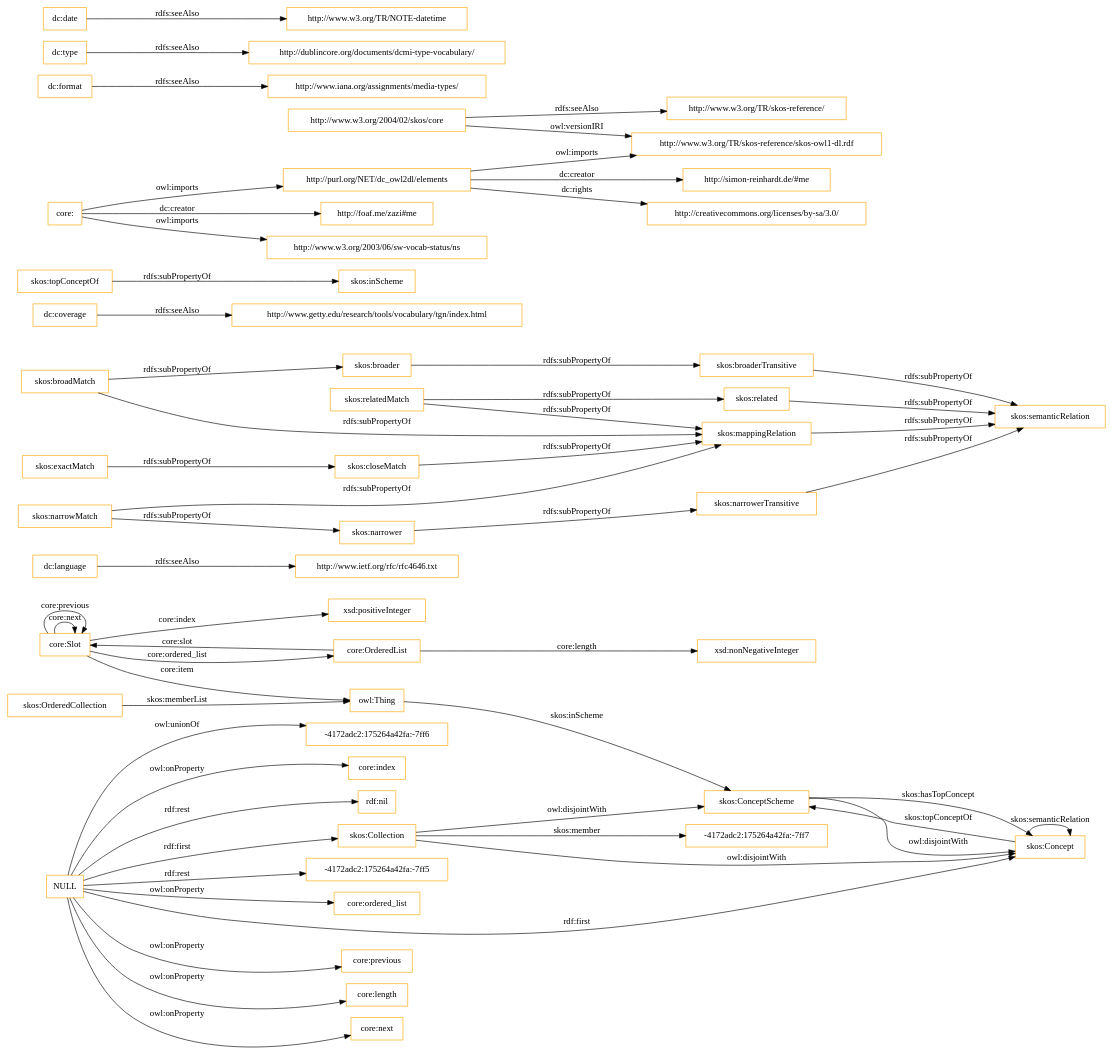
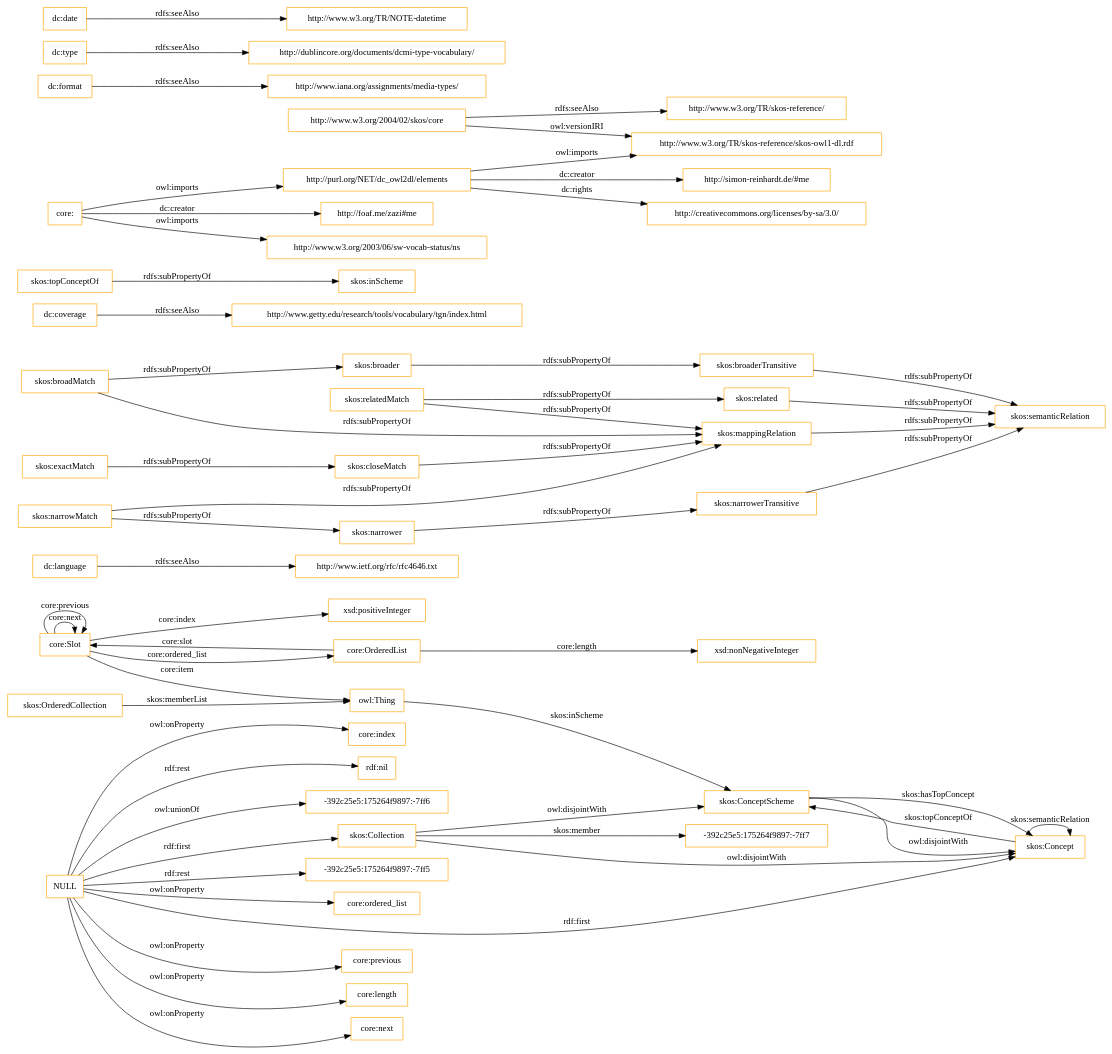
The diagram in OnToology/imports/core.owl/diagrams/ar2dtool-class/core.owl.png.dot (OnToologyUser/core-ontology-1), drawn with Graphviz before and after one commit. The commit also changed 14 other files, not shown here.

```diff
--- a/OnToology/imports/core.owl/diagrams/ar2dtool-class/core.owl.png.dot
+++ b/OnToology/imports/core.owl/diagrams/ar2dtool-class/core.owl.png.dot
@@ -1,60 +1,60 @@
 digraph ar2dtool_diagram { 
 rankdir=LR;
 size="1501"
-node [shape = rectangle, color="orange"]; "core:Slot" "core:OrderedList" "-4172adc2:175264a42fa:-7ff7" "skos:OrderedCollection" "skos:Collection" "skos:ConceptScheme" "skos:Concept" ; /*classes style*/
+node [shape = rectangle, color="orange"]; "core:Slot" "core:OrderedList" "-392c25e5:175264f9897:-7ff7" "skos:OrderedCollection" "skos:Collection" "skos:ConceptScheme" "skos:Concept" ; /*classes style*/
 	"dc:language" -> "http://www.ietf.org/rfc/rfc4646.txt" [ label = "rdfs:seeAlso" ];
 	"NULL" -> "core:previous" [ label = "owl:onProperty" ];
 	"NULL" -> "core:length" [ label = "owl:onProperty" ];
 	"NULL" -> "skos:Concept" [ label = "rdf:first" ];
 	"NULL" -> "core:next" [ label = "owl:onProperty" ];
-	"NULL" -> "-4172adc2:175264a42fa:-7ff6" [ label = "owl:unionOf" ];
 	"NULL" -> "core:index" [ label = "owl:onProperty" ];
 	"NULL" -> "rdf:nil" [ label = "rdf:rest" ];
-	"NULL" -> "-4172adc2:175264a42fa:-7ff5" [ label = "rdf:rest" ];
+	"NULL" -> "-392c25e5:175264f9897:-7ff6" [ label = "owl:unionOf" ];
+	"NULL" -> "-392c25e5:175264f9897:-7ff5" [ label = "rdf:rest" ];
 	"NULL" -> "core:ordered_list" [ label = "owl:onProperty" ];
 	"NULL" -> "skos:Collection" [ label = "rdf:first" ];
 	"skos:closeMatch" -> "skos:mappingRelation" [ label = "rdfs:subPropertyOf" ];
 	"dc:coverage" -> "http://www.getty.edu/research/tools/vocabulary/tgn/index.html" [ label = "rdfs:seeAlso" ];
 	"skos:relatedMatch" -> "skos:related" [ label = "rdfs:subPropertyOf" ];
 	"skos:relatedMatch" -> "skos:mappingRelation" [ label = "rdfs:subPropertyOf" ];
 	"skos:ConceptScheme" -> "skos:Concept" [ label = "owl:disjointWith" ];
 	"skos:related" -> "skos:semanticRelation" [ label = "rdfs:subPropertyOf" ];
 	"skos:topConceptOf" -> "skos:inScheme" [ label = "rdfs:subPropertyOf" ];
 	"skos:broadMatch" -> "skos:broader" [ label = "rdfs:subPropertyOf" ];
 	"skos:broadMatch" -> "skos:mappingRelation" [ label = "rdfs:subPropertyOf" ];
 	"http://purl.org/NET/dc_owl2dl/elements" -> "http://www.w3.org/TR/skos-reference/skos-owl1-dl.rdf" [ label = "owl:imports" ];
 	"http://purl.org/NET/dc_owl2dl/elements" -> "http://creativecommons.org/licenses/by-sa/3.0/" [ label = "dc:rights" ];
 	"http://purl.org/NET/dc_owl2dl/elements" -> "http://simon-reinhardt.de/#me" [ label = "dc:creator" ];
 	"skos:exactMatch" -> "skos:closeMatch" [ label = "rdfs:subPropertyOf" ];
 	"dc:format" -> "http://www.iana.org/assignments/media-types/" [ label = "rdfs:seeAlso" ];
 	"core:" -> "http://foaf.me/zazi#me" [ label = "dc:creator" ];
 	"core:" -> "http://www.w3.org/2003/06/sw-vocab-status/ns" [ label = "owl:imports" ];
 	"core:" -> "http://purl.org/NET/dc_owl2dl/elements" [ label = "owl:imports" ];
 	"skos:broaderTransitive" -> "skos:semanticRelation" [ label = "rdfs:subPropertyOf" ];
 	"skos:mappingRelation" -> "skos:semanticRelation" [ label = "rdfs:subPropertyOf" ];
 	"skos:broader" -> "skos:broaderTransitive" [ label = "rdfs:subPropertyOf" ];
 	"dc:type" -> "http://dublincore.org/documents/dcmi-type-vocabulary/" [ label = "rdfs:seeAlso" ];
 	"http://www.w3.org/2004/02/skos/core" -> "http://www.w3.org/TR/skos-reference/skos-owl1-dl.rdf" [ label = "owl:versionIRI" ];
 	"http://www.w3.org/2004/02/skos/core" -> "http://www.w3.org/TR/skos-reference/" [ label = "rdfs:seeAlso" ];
 	"skos:Collection" -> "skos:ConceptScheme" [ label = "owl:disjointWith" ];
 	"skos:Collection" -> "skos:Concept" [ label = "owl:disjointWith" ];
 	"skos:narrowMatch" -> "skos:narrower" [ label = "rdfs:subPropertyOf" ];
 	"skos:narrowMatch" -> "skos:mappingRelation" [ label = "rdfs:subPropertyOf" ];
 	"skos:narrower" -> "skos:narrowerTransitive" [ label = "rdfs:subPropertyOf" ];
 	"dc:date" -> "http://www.w3.org/TR/NOTE-datetime" [ label = "rdfs:seeAlso" ];
 	"skos:narrowerTransitive" -> "skos:semanticRelation" [ label = "rdfs:subPropertyOf" ];
 	"core:Slot" -> "xsd:positiveInteger" [ label = "core:index" ];
 	"skos:Concept" -> "skos:ConceptScheme" [ label = "skos:topConceptOf" ];
 	"core:Slot" -> "owl:Thing" [ label = "core:item" ];
 	"core:OrderedList" -> "xsd:nonNegativeInteger" [ label = "core:length" ];
 	"core:OrderedList" -> "core:Slot" [ label = "core:slot" ];
-	"skos:Collection" -> "-4172adc2:175264a42fa:-7ff7" [ label = "skos:member" ];
+	"skos:Collection" -> "-392c25e5:175264f9897:-7ff7" [ label = "skos:member" ];
 	"core:Slot" -> "core:Slot" [ label = "core:next" ];
 	"skos:ConceptScheme" -> "skos:Concept" [ label = "skos:hasTopConcept" ];
 	"owl:Thing" -> "skos:ConceptScheme" [ label = "skos:inScheme" ];
 	"core:Slot" -> "core:Slot" [ label = "core:previous" ];
 	"skos:OrderedCollection" -> "owl:Thing" [ label = "skos:memberList" ];
 	"skos:Concept" -> "skos:Concept" [ label = "skos:semanticRelation" ];
 	"core:Slot" -> "core:OrderedList" [ label = "core:ordered_list" ];
 
 }
```
